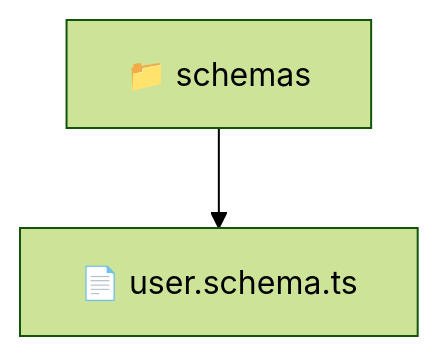
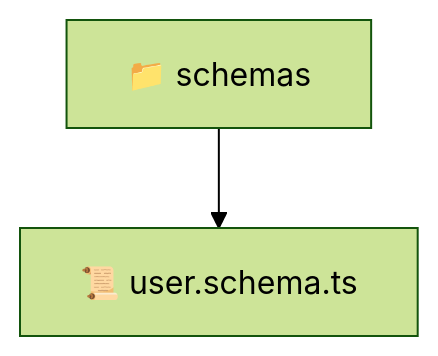
One commit to beginwebdev2002/fullstack-mavluda changed the diagram in backend/src/modules/user/infrastructure/schemas/README.md. Above: the diagram before and after it, drawn with Mermaid (forest theme). The commit also changed other lines of this file and 163 other files, not shown here.

````diff
--- a/backend/src/modules/user/infrastructure/schemas/README.md
+++ b/backend/src/modules/user/infrastructure/schemas/README.md
@@ -9,5 +9,5 @@
 ```mermaid
 graph TD
-  Root["📁 schemas"]
-  Root --> user_schema_ts["📄 user.schema.ts"]
+  schemas["📁 schemas"]
+  schemas --> user_schema_ts["📜 user.schema.ts"]
 ```
````
